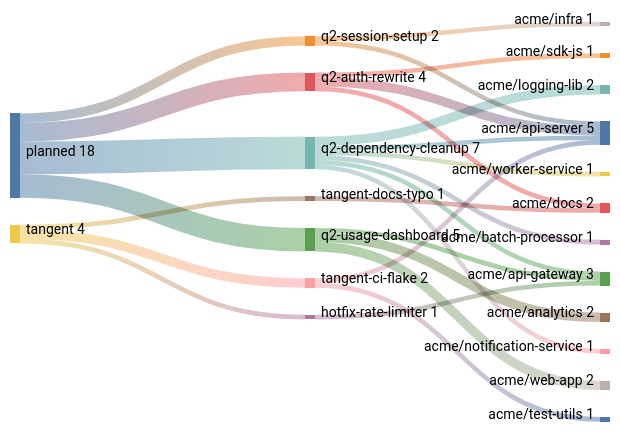
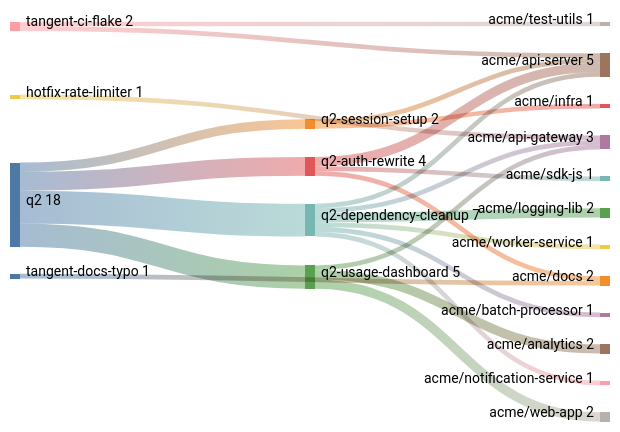
Before and after one commit to chris-peterson/tack: the first of 3 diagrams in docs/examples.md, drawn with Mermaid (neutral theme). The commit also changed other lines of this file and 17 other files, not shown here.

````diff
--- a/docs/examples.md
+++ b/docs/examples.md
@@ -13,34 +13,31 @@
 ```mermaid
 ---
 config:
   look: handDrawn
 ---
 sankey-beta
 
-planned,q2-session-setup,2
-planned,q2-auth-rewrite,4
-planned,q2-dependency-cleanup,7
-planned,q2-usage-dashboard,5
-tangent,hotfix-rate-limiter,1
-tangent,tangent-ci-flake,2
-tangent,tangent-docs-typo,1
+q2,q2-session-setup,2
+q2,q2-auth-rewrite,4
+q2,q2-dependency-cleanup,7
+q2,q2-usage-dashboard,5
+hotfix-rate-limiter,acme/api-gateway,1
+tangent-ci-flake,acme/api-server,1
+tangent-ci-flake,acme/test-utils,1
+tangent-docs-typo,acme/docs,1
 
 q2-session-setup,acme/infra,1
 q2-session-setup,acme/api-server,1
 q2-auth-rewrite,acme/api-server,2
 q2-auth-rewrite,acme/sdk-js,1
 q2-auth-rewrite,acme/docs,1
 q2-dependency-cleanup,acme/logging-lib,2
 q2-dependency-cleanup,acme/api-server,1
 q2-dependency-cleanup,acme/api-gateway,1
 q2-dependency-cleanup,acme/worker-service,1
 q2-dependency-cleanup,acme/batch-processor,1
 q2-dependency-cleanup,acme/notification-service,1
 q2-usage-dashboard,acme/analytics,2
 q2-usage-dashboard,acme/api-gateway,1
 q2-usage-dashboard,acme/web-app,2
-hotfix-rate-limiter,acme/api-gateway,1
-tangent-ci-flake,acme/api-server,1
-tangent-ci-flake,acme/test-utils,1
-tangent-docs-typo,acme/docs,1
 ```
````
